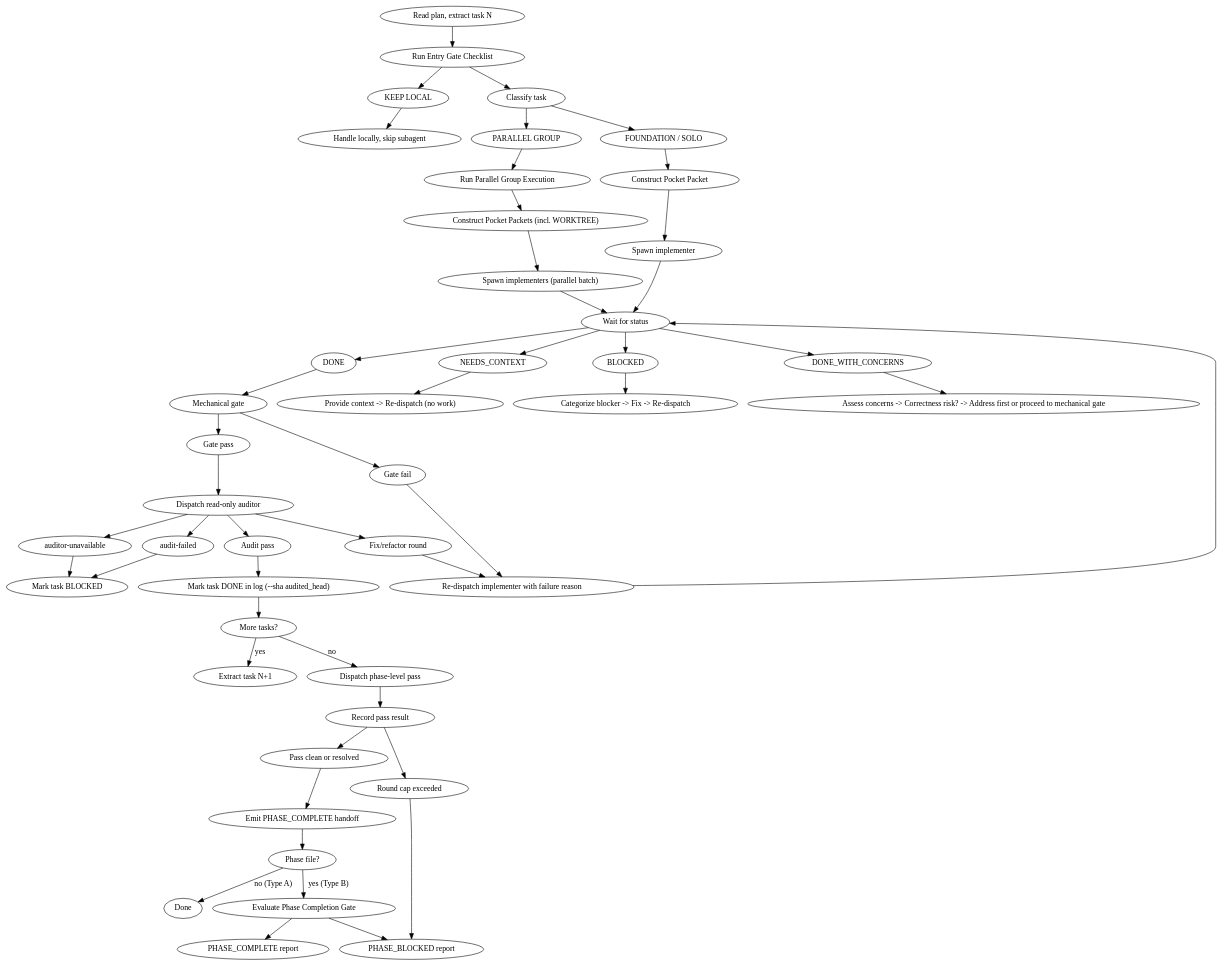
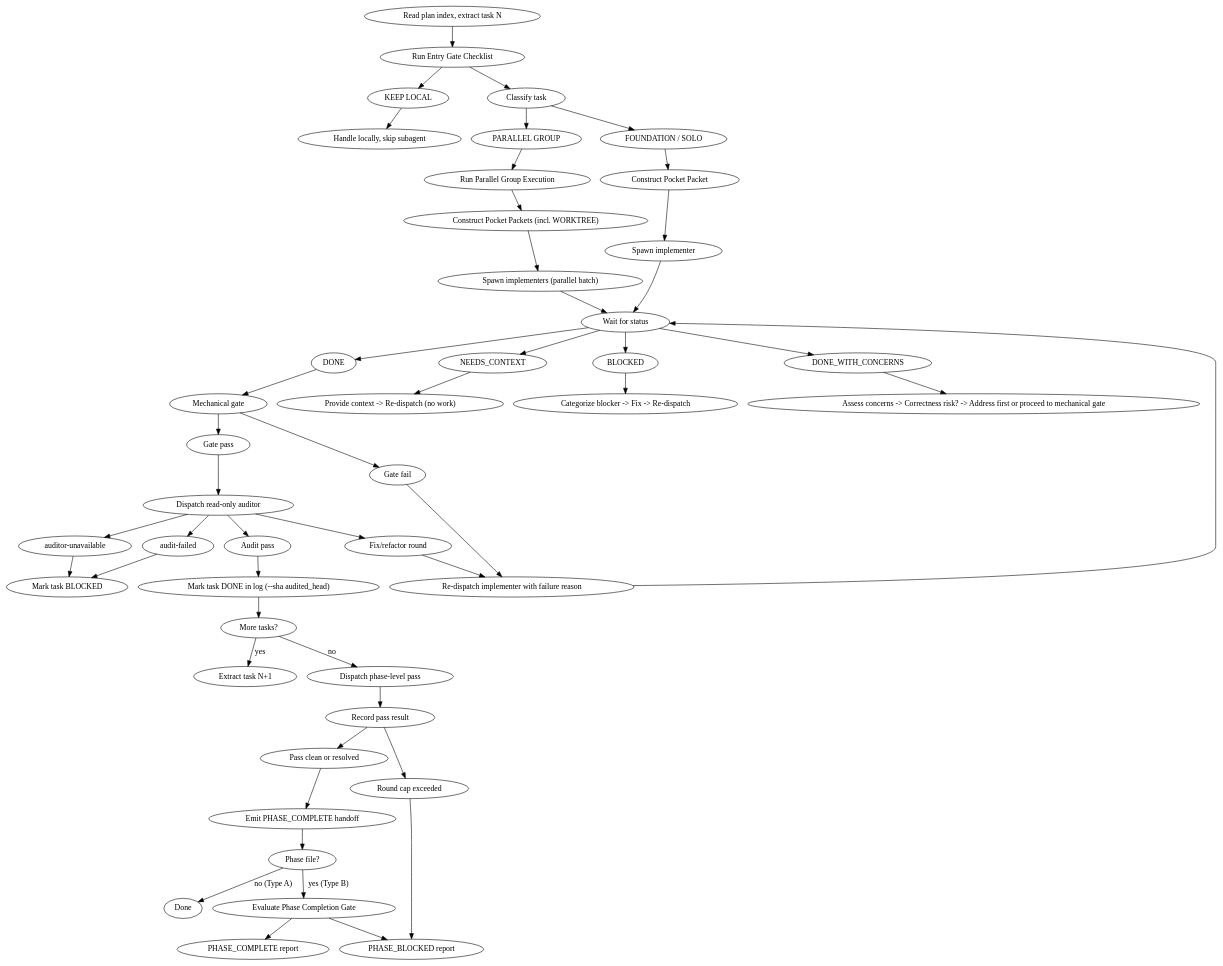
The diagram in skills/pocket-development/SKILL.md (rfxlamia/pocketto), drawn with Graphviz before and after one commit. The commit also changed other lines of this file and 15 other files, not shown here.

````diff
--- a/skills/pocket-development/SKILL.md
+++ b/skills/pocket-development/SKILL.md
@@ -341,46 +320,46 @@
 ```dot
 digraph pocket_process {
     rankdir=TB;
 
-    "Read plan, extract task N" -> "Run Entry Gate Checklist";
+    "Read plan index, extract task N" -> "Run Entry Gate Checklist";
     "Run Entry Gate Checklist" -> { "KEEP LOCAL" "Classify task" };
     "Classify task" -> { "FOUNDATION / SOLO" "PARALLEL GROUP" };
     "FOUNDATION / SOLO" -> "Construct Pocket Packet";
     "PARALLEL GROUP" -> "Run Parallel Group Execution";
     "Run Parallel Group Execution" -> "Construct Pocket Packets (incl. WORKTREE)";
     "Construct Pocket Packets (incl. WORKTREE)" -> "Spawn implementers (parallel batch)";
     "Spawn implementers (parallel batch)" -> "Wait for status";
     "KEEP LOCAL" -> "Handle locally, skip subagent";
     "Construct Pocket Packet" -> "Spawn implementer";
     "Spawn implementer" -> "Wait for status";
 
     "Wait for status" -> { "DONE" "NEEDS_CONTEXT" "BLOCKED" "DONE_WITH_CONCERNS" };
 
     "DONE" -> "Mechanical gate";
     "Mechanical gate" -> { "Gate pass" "Gate fail" };
     "Gate fail" -> "Re-dispatch implementer with failure reason";
     "Re-dispatch implementer with failure reason" -> "Wait for status";
     "Gate pass" -> "Dispatch read-only auditor";
     "Dispatch read-only auditor" -> { "Audit pass" "Fix/refactor round" "audit-failed" "auditor-unavailable" };
     "Fix/refactor round" -> "Re-dispatch implementer with failure reason";
     "Audit pass" -> "Mark task DONE in log (--sha audited_head)";
     "audit-failed" -> "Mark task BLOCKED";
     "auditor-unavailable" -> "Mark task BLOCKED";
 
     "NEEDS_CONTEXT" -> "Provide context -> Re-dispatch (no work)";
     "BLOCKED" -> "Categorize blocker -> Fix -> Re-dispatch";
     "DONE_WITH_CONCERNS" -> "Assess concerns -> Correctness risk? -> Address first or proceed to mechanical gate";
 
     "Mark task DONE in log (--sha audited_head)" -> "More tasks?";
     "More tasks?" -> "Extract task N+1" [label="yes"];
     "More tasks?" -> "Dispatch phase-level pass" [label="no"];
     "Dispatch phase-level pass" -> "Record pass result";
     "Record pass result" -> { "Pass clean or resolved" "Round cap exceeded" };
     "Pass clean or resolved" -> "Emit PHASE_COMPLETE handoff";
     "Round cap exceeded" -> "PHASE_BLOCKED report";
     "Emit PHASE_COMPLETE handoff" -> "Phase file?";
     "Phase file?" -> "Evaluate Phase Completion Gate" [label="yes (Type B)"];
     "Phase file?" -> "Done" [label="no (Type A)"];
     "Evaluate Phase Completion Gate" -> { "PHASE_COMPLETE report" "PHASE_BLOCKED report" };
 }
 ```
````
